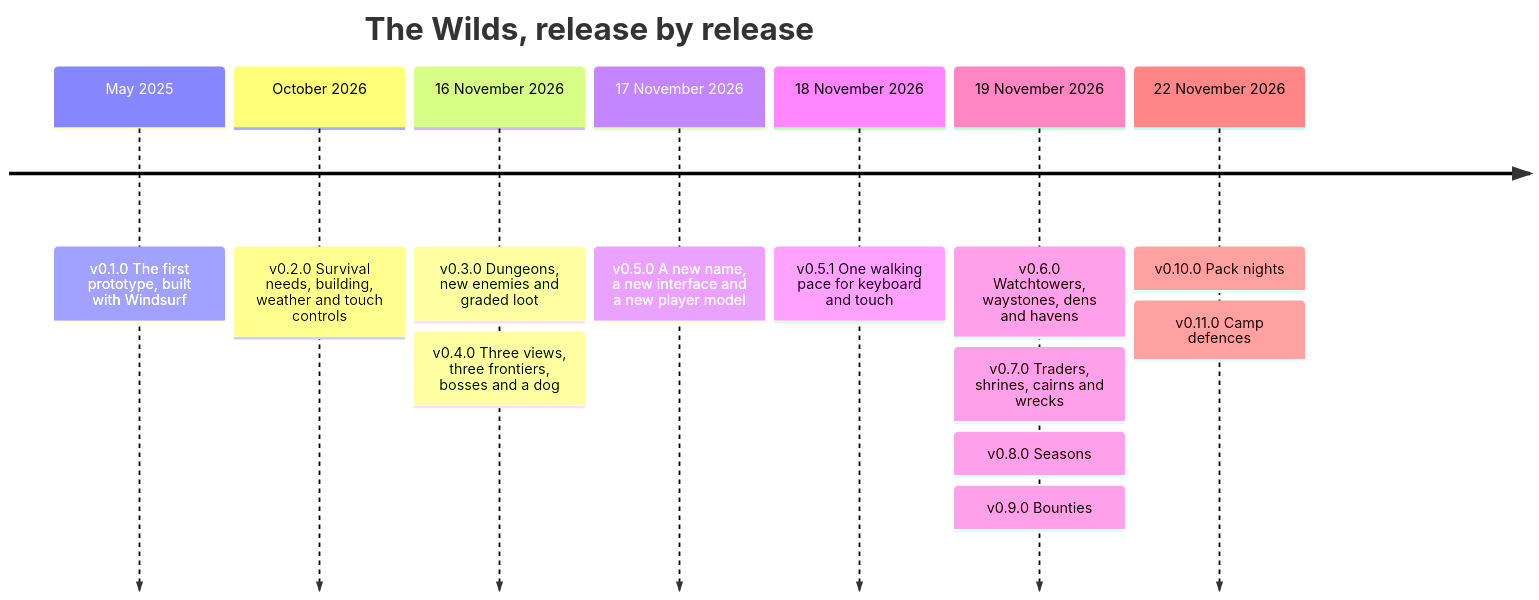
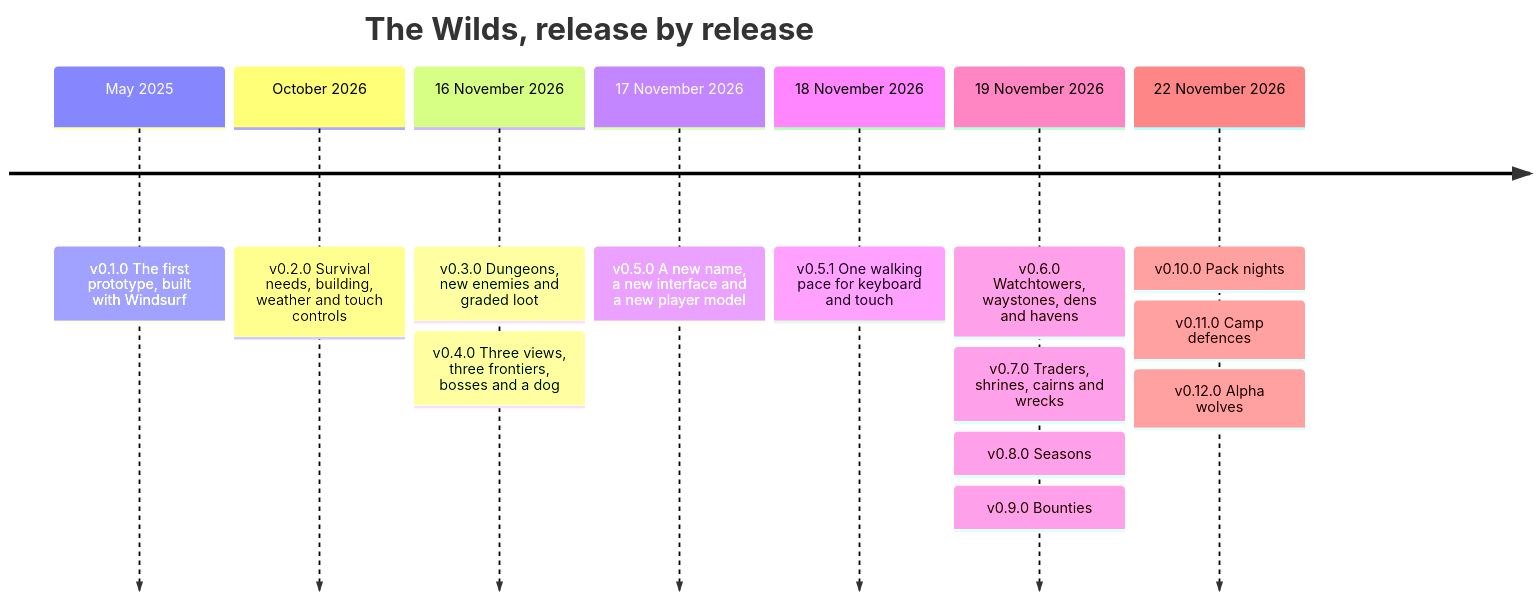
Before and after one commit to CptNope/Survival-Game: the fifth of 5 diagrams in README.md, drawn with Mermaid. The commit also changed other lines of this file and 10 other files, not shown here.

First line of the commit message:
Add alpha wolves, tier wolves like other creatures, and colour the map by season

````diff
--- a/README.md
+++ b/README.md
@@ -567,16 +567,17 @@
 ```mermaid
 timeline
     title The Wilds, release by release
     May 2025 : v0.1.0 The first prototype, built with Windsurf
     October 2026 : v0.2.0 Survival needs, building, weather and touch controls
     16 November 2026 : v0.3.0 Dungeons, new enemies and graded loot
                      : v0.4.0 Three views, three frontiers, bosses and a dog
     17 November 2026 : v0.5.0 A new name, a new interface and a new player model
     18 November 2026 : v0.5.1 One walking pace for keyboard and touch
     19 November 2026 : v0.6.0 Watchtowers, waystones, dens and havens
                      : v0.7.0 Traders, shrines, cairns and wrecks
                      : v0.8.0 Seasons
                      : v0.9.0 Bounties
     22 November 2026 : v0.10.0 Pack nights
                      : v0.11.0 Camp defences
+                     : v0.12.0 Alpha wolves
 ```
````
